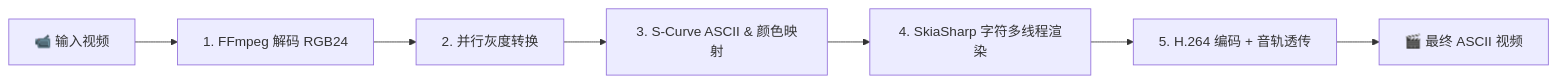
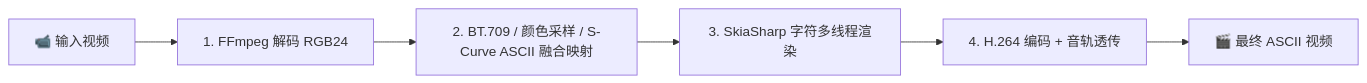
Before and after one commit to Mousika2049/ASCII-Video: the diagram in README.md, drawn with Mermaid. The commit also changed other lines of this file and 18 other files, not shown here.

````diff
--- a/README.md
+++ b/README.md
@@ -30,9 +32,8 @@
 ```mermaid
 flowchart LR
     A[📹 输入视频] --> B[1. FFmpeg 解码 RGB24]
-    B --> C[2. 并行灰度转换]
-    C --> D[3. S-Curve ASCII & 颜色映射]
-    D --> E[4. SkiaSharp 字符多线程渲染]
-    E --> F[5. H.264 编码 + 音轨透传]
-    F --> G[🎬 最终 ASCII 视频]
+    B --> C[2. BT.709 / 颜色采样 / S-Curve ASCII 融合映射]
+    C --> D[3. SkiaSharp 字符多线程渲染]
+    D --> E[4. H.264 编码 + 音轨透传]
+    E --> F[🎬 最终 ASCII 视频]
 ```
````
